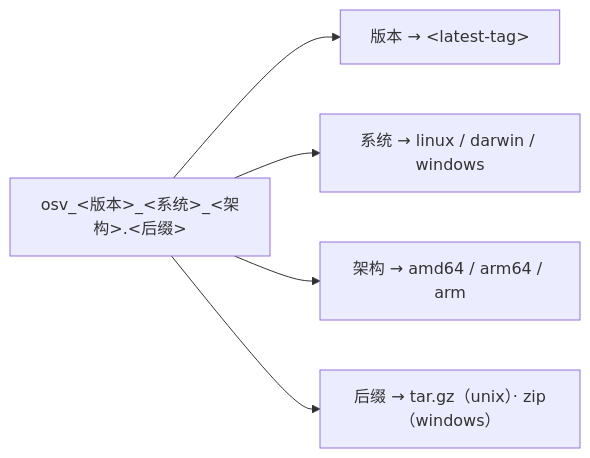
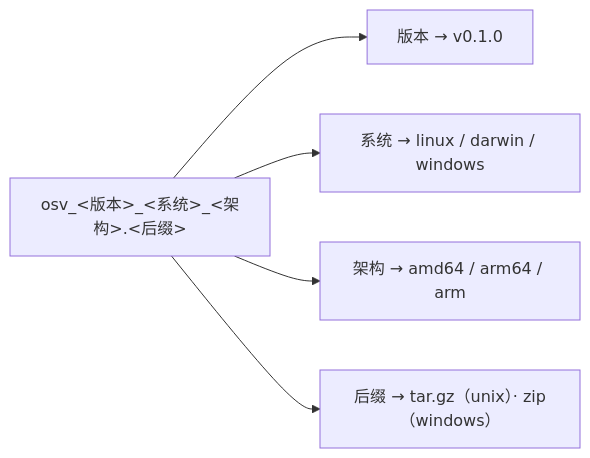
One commit to scagogogo/osv-schema-skills changed the third of 4 diagrams in website/zh/guide/installation.md. Above: the diagram before and after it, drawn with Mermaid. The commit also changed other lines of this file and 5 other files, not shown here.

````diff
--- a/website/zh/guide/installation.md
+++ b/website/zh/guide/installation.md
@@ -52,7 +52,7 @@
 ```mermaid
 flowchart LR
-  T["osv_&lt;版本&gt;_&lt;系统&gt;_&lt;架构&gt;.&lt;后缀&gt;"] --> V["版本 → &lt;latest-tag&gt;"]
+  T["osv_&lt;版本&gt;_&lt;系统&gt;_&lt;架构&gt;.&lt;后缀&gt;"] --> V["版本 → v0.1.0"]
   T --> O["系统 → linux / darwin / windows"]
   T --> A["架构 → amd64 / arm64 / arm"]
   T --> E["后缀 → tar.gz（unix）· zip（windows）"]
 ```
````
